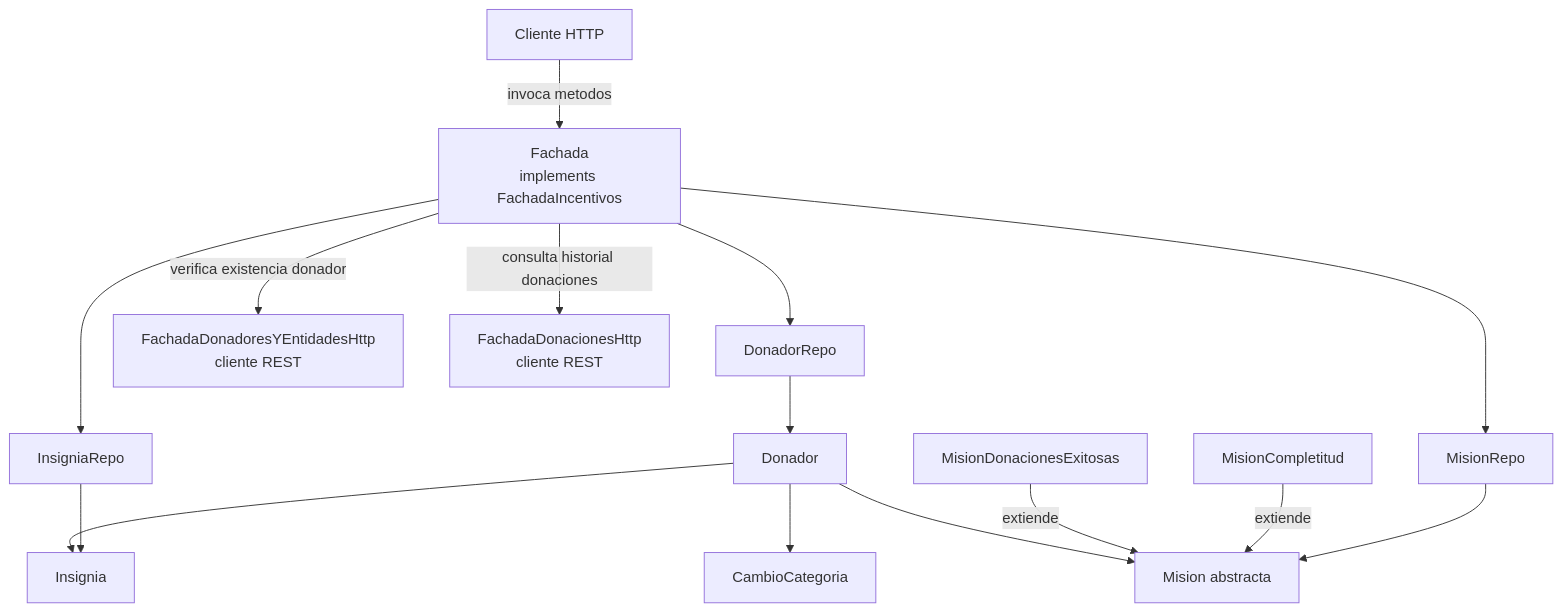
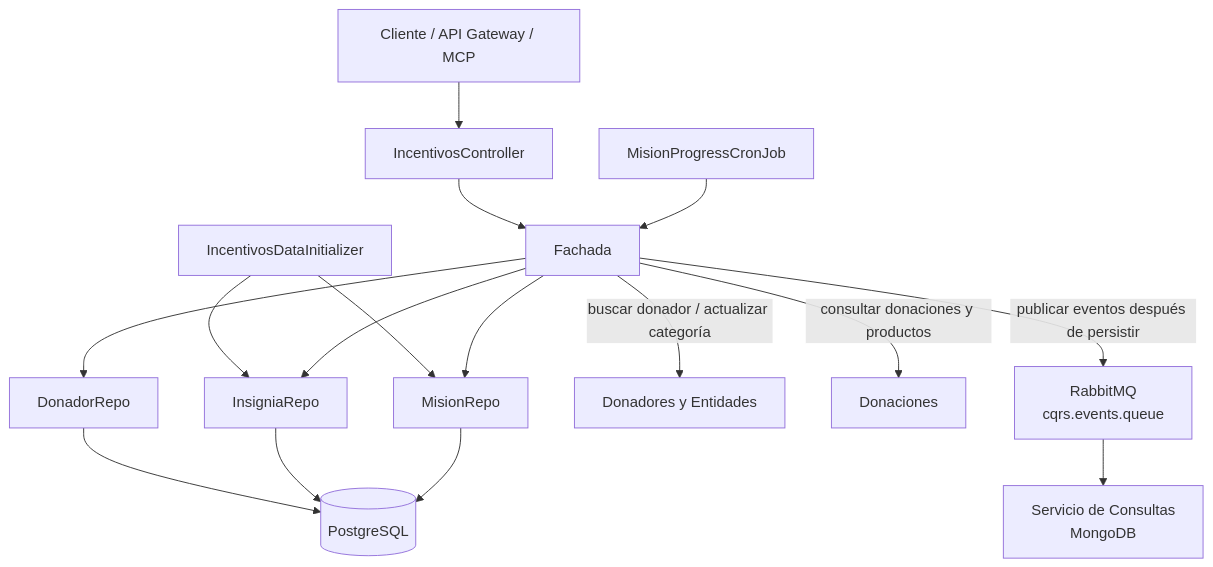
One commit to 2026-ddsi-tpa-Jajava/Incentivos changed the first of 2 diagrams in docs/arquitectura.md. Above: the diagram before and after it, drawn with Mermaid. The commit also changed other lines of this file and 7 other files, not shown here.

````diff
--- a/docs/arquitectura.md
+++ b/docs/arquitectura.md
@@ -5,33 +13,32 @@
 ```mermaid
 graph TD
-    C["Cliente HTTP"]
+    C["Cliente / API Gateway / MCP"]
+    API["IncentivosController"]
+    F["Fachada"]
+    CRON["MisionProgressCronJob"]
+    INIT["IncentivosDataInitializer"]
+    DREPO["DonadorRepo"]
+    IREPO["InsigniaRepo"]
+    MREPO["MisionRepo"]
+    DB[("PostgreSQL")]
+    DE["Donadores y Entidades"]
+    DON["Donaciones"]
+    RABBIT["RabbitMQ\ncqrs.events.queue"]
+    CQRS["Servicio de Consultas\nMongoDB"]
 
-    FI["Fachada\nimplements FachadaIncentivos"]
-    DR["DonadorRepo"]
-    IR["InsigniaRepo"]
-    MR["MisionRepo"]
-    D["Donador"]
-    CC["CambioCategoria"]
-    INS["Insignia"]
-    MA["Mision abstracta"]
-    MC["MisionCompletitud"]
-    MD["MisionDonacionesExitosas"]
-
-    FDE["FachadaDonadoresYEntidadesHttp\ncliente REST"]
-    FD["FachadaDonacionesHttp\ncliente REST"]
-
-    C -->|invoca metodos| FI
-    FI -->|verifica existencia donador| FDE
-    FI -->|consulta historial donaciones| FD
-    FI --> DR
-    FI --> IR
-    FI --> MR
-    DR --> D
-    IR --> INS
-    MR --> MA
-    MC -->|extiende| MA
-    MD -->|extiende| MA
-    D --> INS
-    D --> MA
-    D --> CC
+    C --> API
+    API --> F
+    CRON --> F
+    INIT --> IREPO
+    INIT --> MREPO
+    F --> DREPO
+    F --> IREPO
+    F --> MREPO
+    DREPO --> DB
+    IREPO --> DB
+    MREPO --> DB
+    F -->|buscar donador / actualizar categoría| DE
+    F -->|consultar donaciones y productos| DON
+    F -->|publicar eventos después de persistir| RABBIT
+    RABBIT --> CQRS
 ```
````
